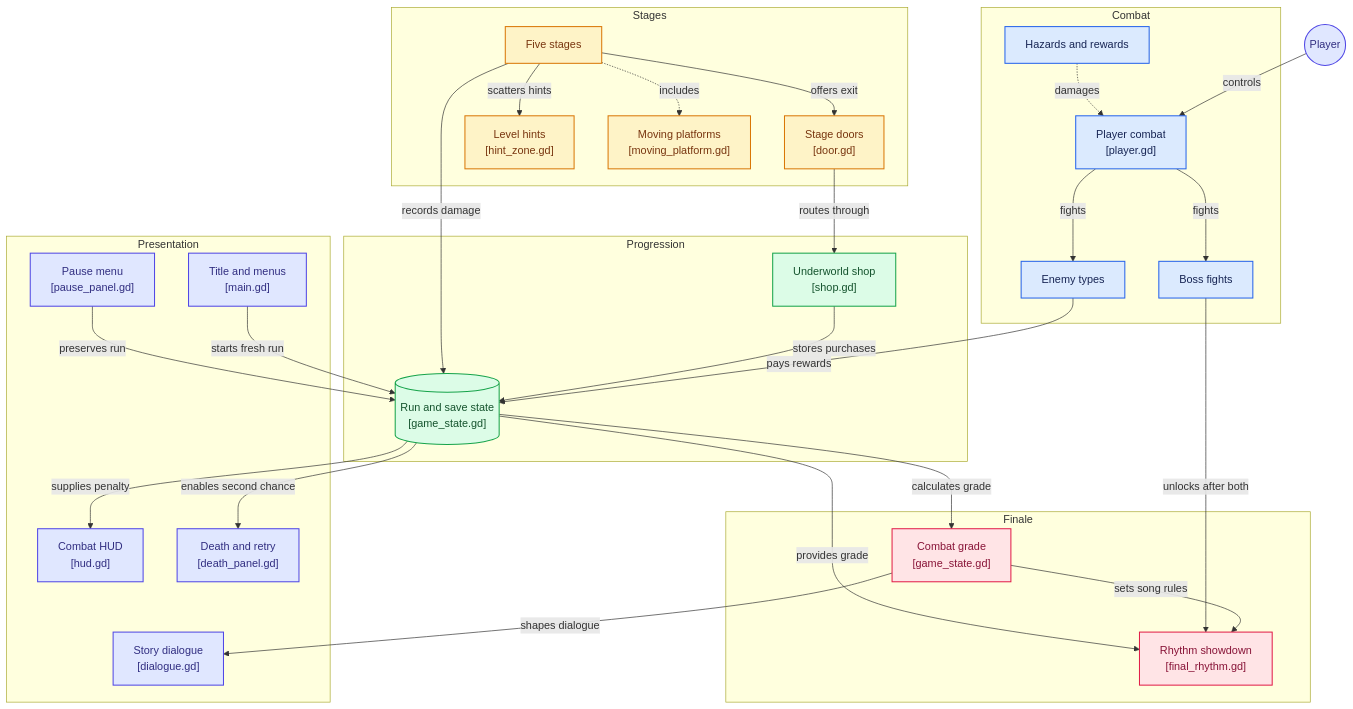
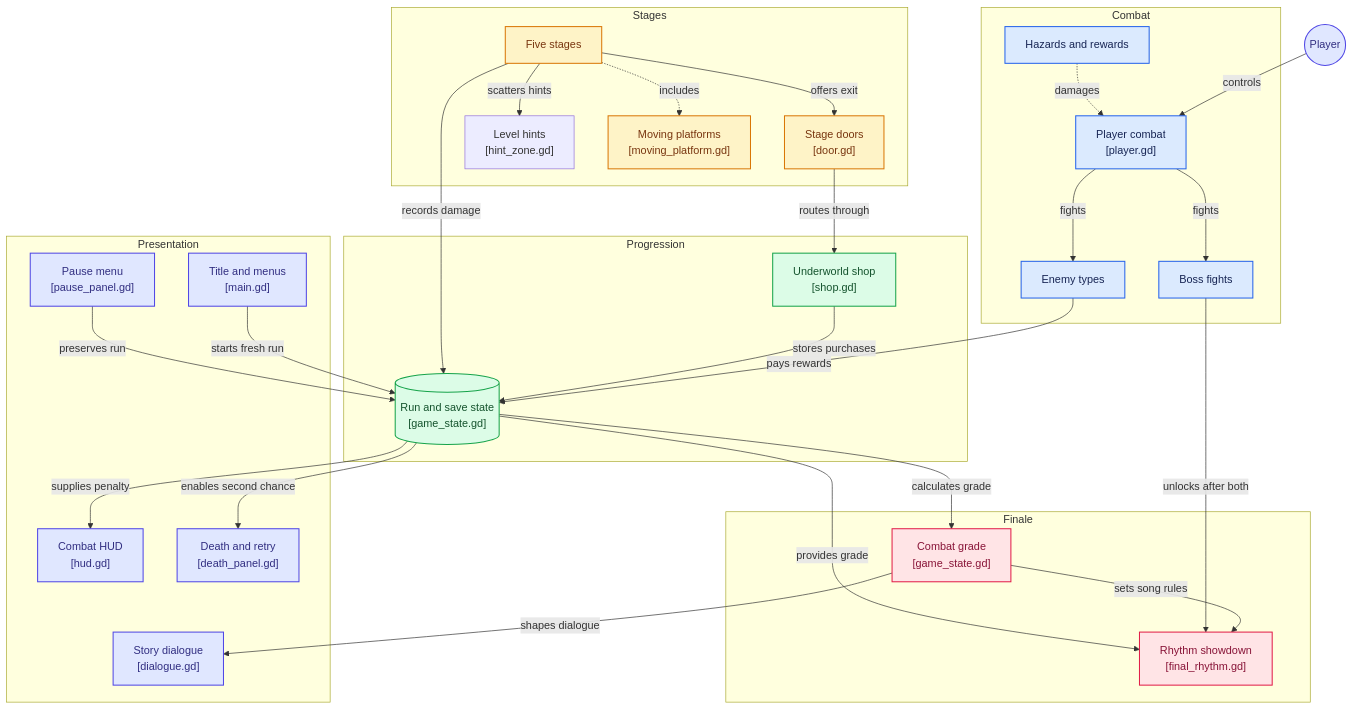
One commit to nasiftahmid-ux/Nate_Hopkins_vs._the_underworld changed the diagram in README.md. Above: the diagram before and after it, drawn with Mermaid. The commit also changed other lines of this file, not shown here.

```diff
--- a/README.md
+++ b/README.md
@@ -165,7 +165,7 @@
 classDef toneIndigo fill:#e0e7ff,stroke:#4f46e5,stroke-width:1.5px,color:#312e81
 classDef toneTeal fill:#ccfbf1,stroke:#0f766e,stroke-width:1.5px,color:#134e4a
 class node_player,node_enemies,node_bosses,node_items toneBlue
-class node_levels,node_doors,node_hints,node_platforms toneAmber
+class node_levels,node_doors,node_platforms toneAmber
 class node_game_state,node_shop toneMint
 class node_grade,node_rhythm toneRose
 class node_hud,node_main_menu,node_death,node_pause,node_dialogue,node_player_actor toneIndigo
```
